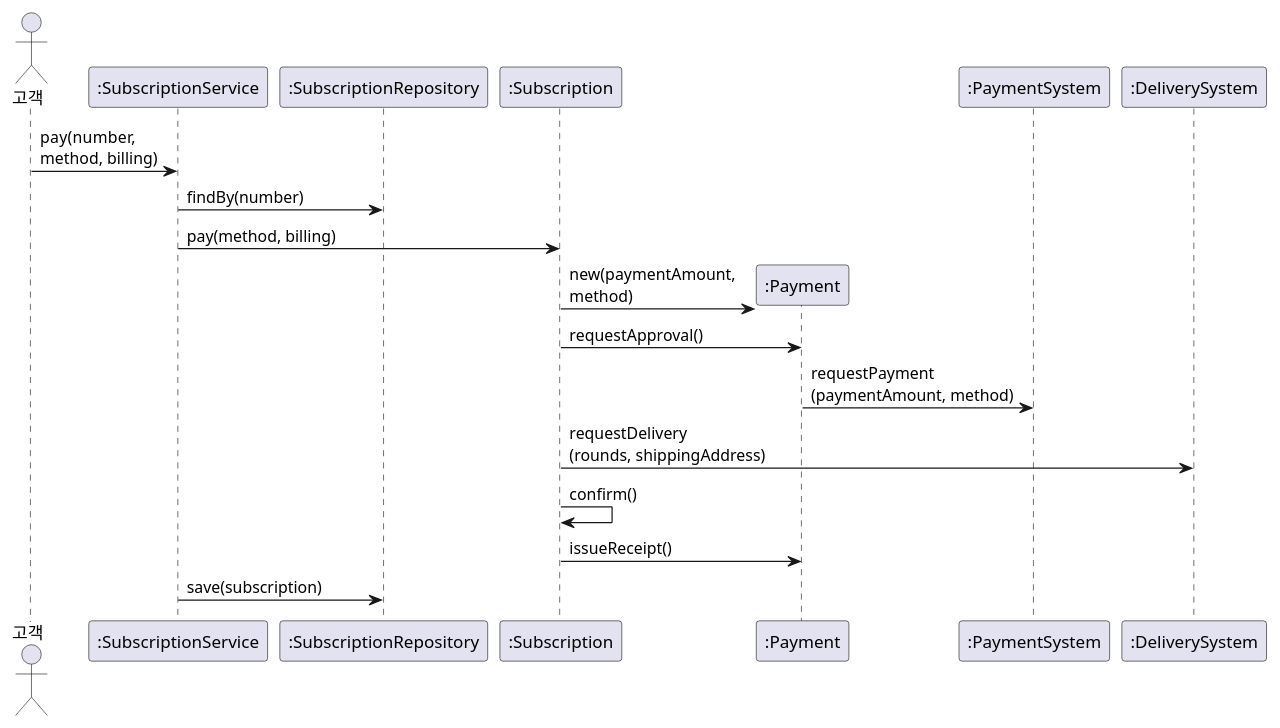
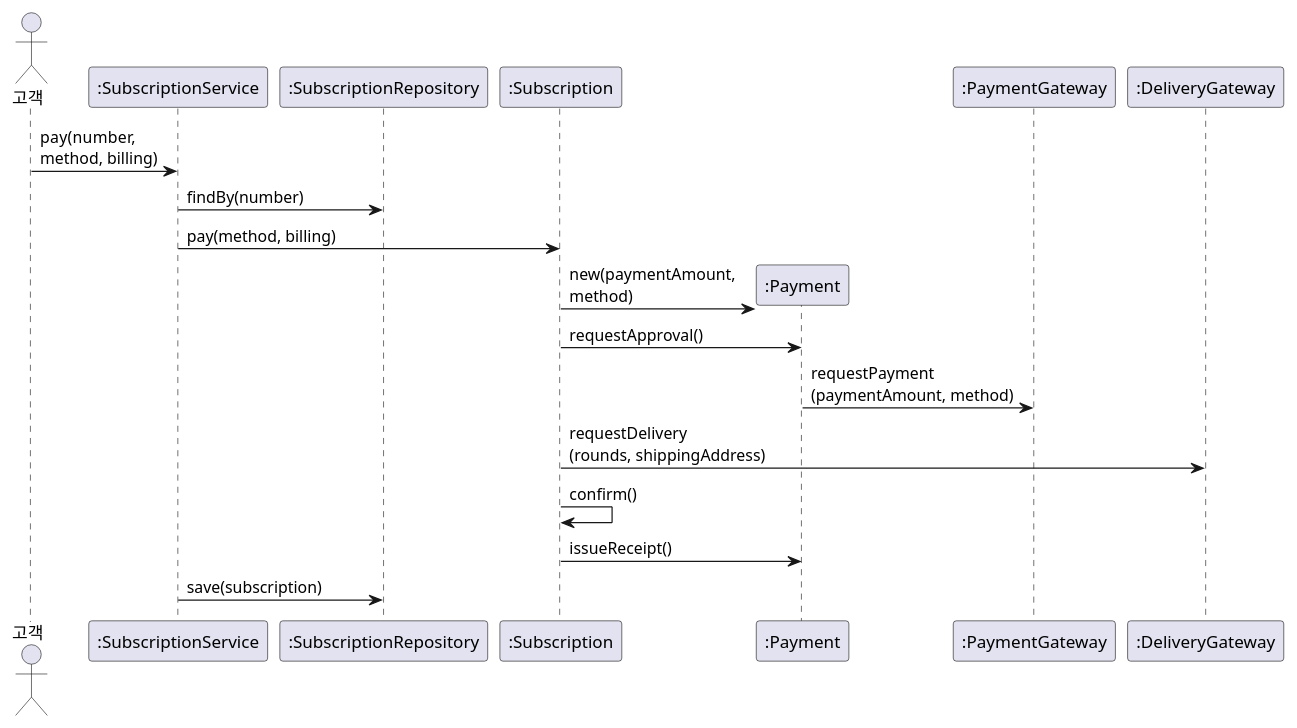
Diagram 16 of 16 in courses/ooad/sessions/s06.md (YoungSan77/TrainingMaterials), drawn with PlantUML before and after one commit. The commit also changed other lines of this file and 154 other files, not shown here.

````diff
--- a/courses/ooad/sessions/s06.md
+++ b/courses/ooad/sessions/s06.md
@@ -1187,22 +1187,22 @@
 ```plantuml:sequence
 @startuml
 actor "고객" as C
 participant ":SubscriptionService" as V
 participant ":SubscriptionRepository" as Rp
 participant ":Subscription" as S
 participant ":Payment" as P
-participant ":PaymentSystem" as PX
-participant ":DeliverySystem" as DS
+participant ":PaymentGateway" as PX
+participant ":DeliveryGateway" as DS
 C -> V : pay(number,\nmethod, billing)
 V -> Rp : findBy(number)
 V -> S : pay(method, billing)
 create P
 S -> P : new(paymentAmount,\nmethod)
 S -> P : requestApproval()
 P -> PX : requestPayment\n(paymentAmount, method)
 S -> DS : requestDelivery\n(rounds, shippingAddress)
 S -> S : confirm()
 S -> P : issueReceipt()
 V -> Rp : save(subscription)
 @enduml
 ```
````
